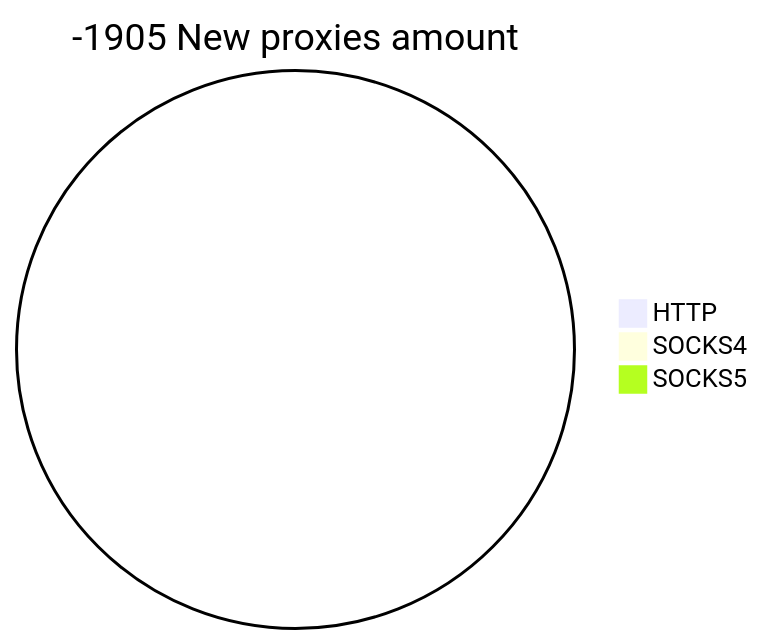
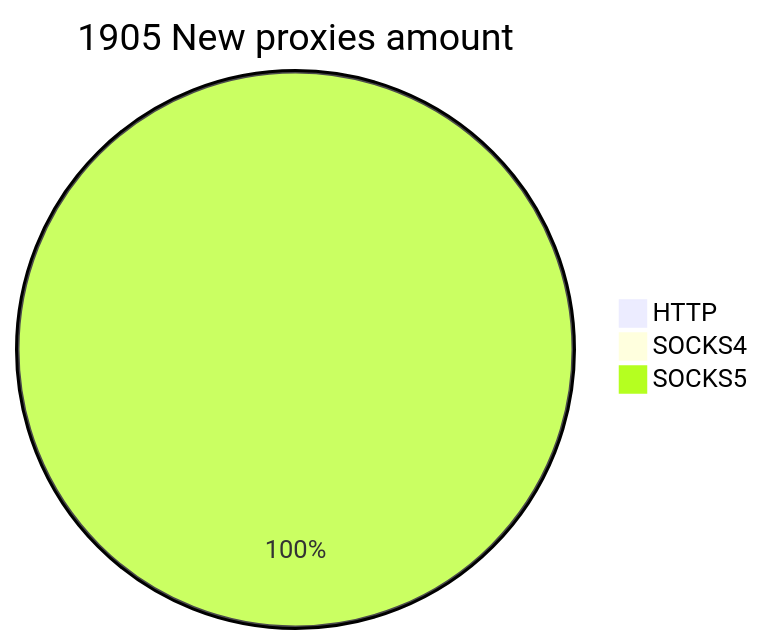
The second of 2 diagrams in README.md (cutipu/proxylist), drawn with Mermaid before and after one commit. The commit also changed other lines of this file, not shown here.

````diff
--- a/README.md
+++ b/README.md
@@ -10,6 +10,6 @@
 ```mermaid
-pie title -1905 New proxies amount
+pie title 1905 New proxies amount
     "HTTP" : 0
     "SOCKS4" : 0
-    "SOCKS5" : 0
+    "SOCKS5" : 1905
 ```
````
